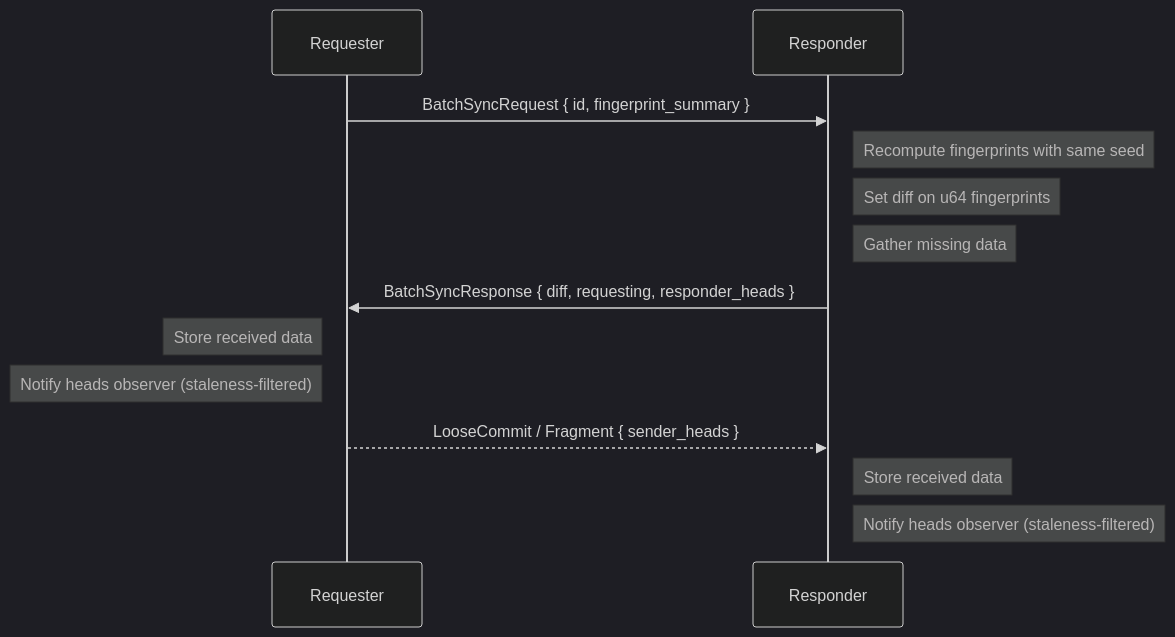
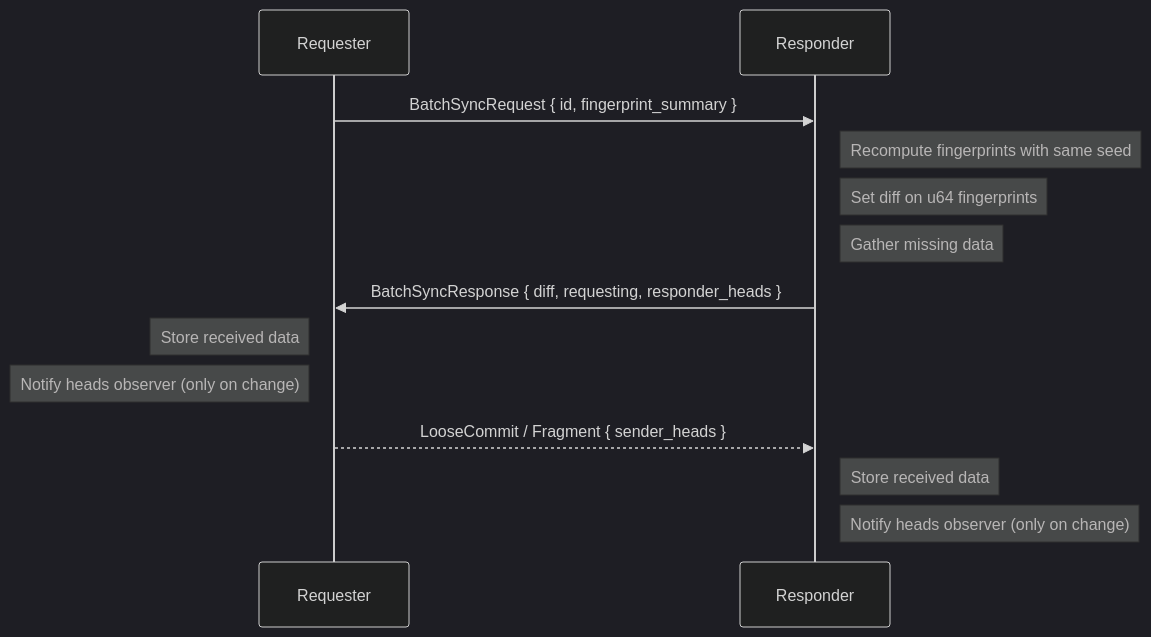
One commit to inkandswitch/subduction changed the first of 3 diagrams in design/sync/batch.md. Above: the diagram before and after it, drawn with Mermaid (dark theme). The commit also changed other lines of this file and 14 other files, not shown here.

````diff
--- a/design/sync/batch.md
+++ b/design/sync/batch.md
@@ -16,18 +16,18 @@
 ```mermaid
 sequenceDiagram
     participant A as Requester
     participant B as Responder
 
     A->>B: BatchSyncRequest { id, fingerprint_summary }
     Note right of B: Recompute fingerprints with same seed
     Note right of B: Set diff on u64 fingerprints
     Note right of B: Gather missing data
 
     B->>A: BatchSyncResponse { diff, requesting, responder_heads }
     Note left of A: Store received data
-    Note left of A: Notify heads observer (staleness-filtered)
+    Note left of A: Notify heads observer (only on change)
 
     A-->>B: LooseCommit / Fragment { sender_heads }
     Note right of B: Store received data
-    Note right of B: Notify heads observer (staleness-filtered)
+    Note right of B: Notify heads observer (only on change)
 ```
````
